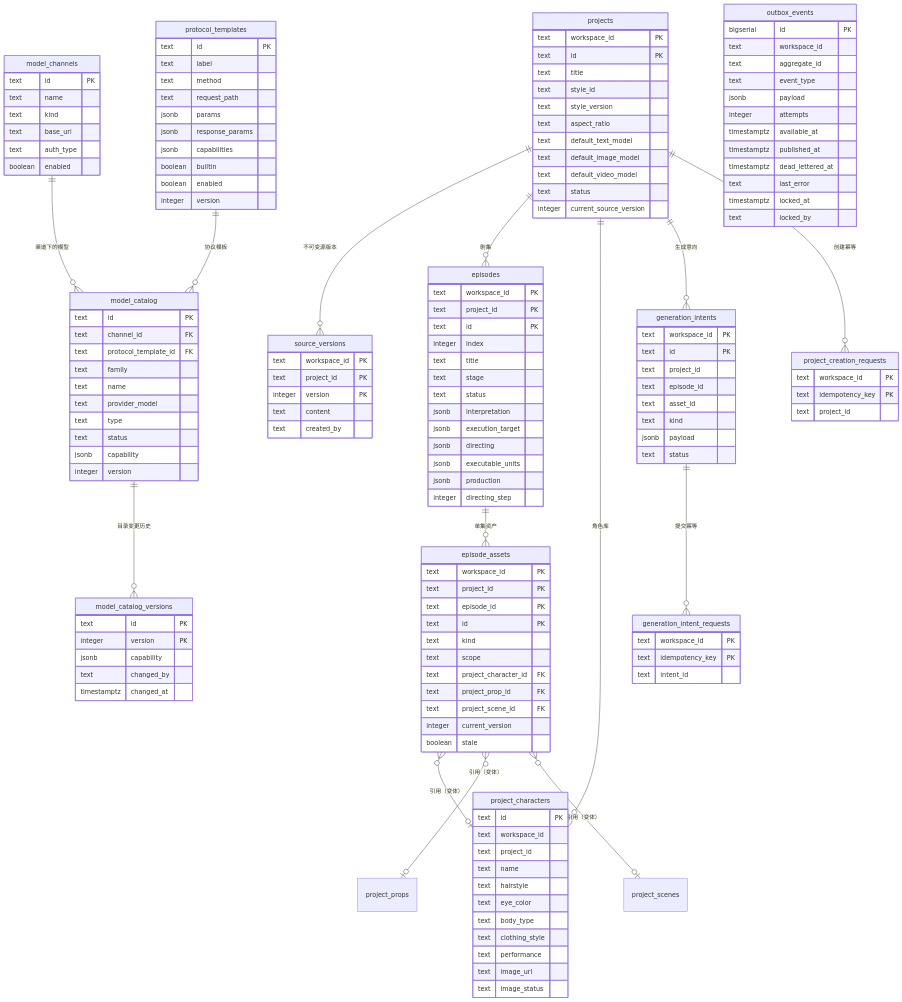
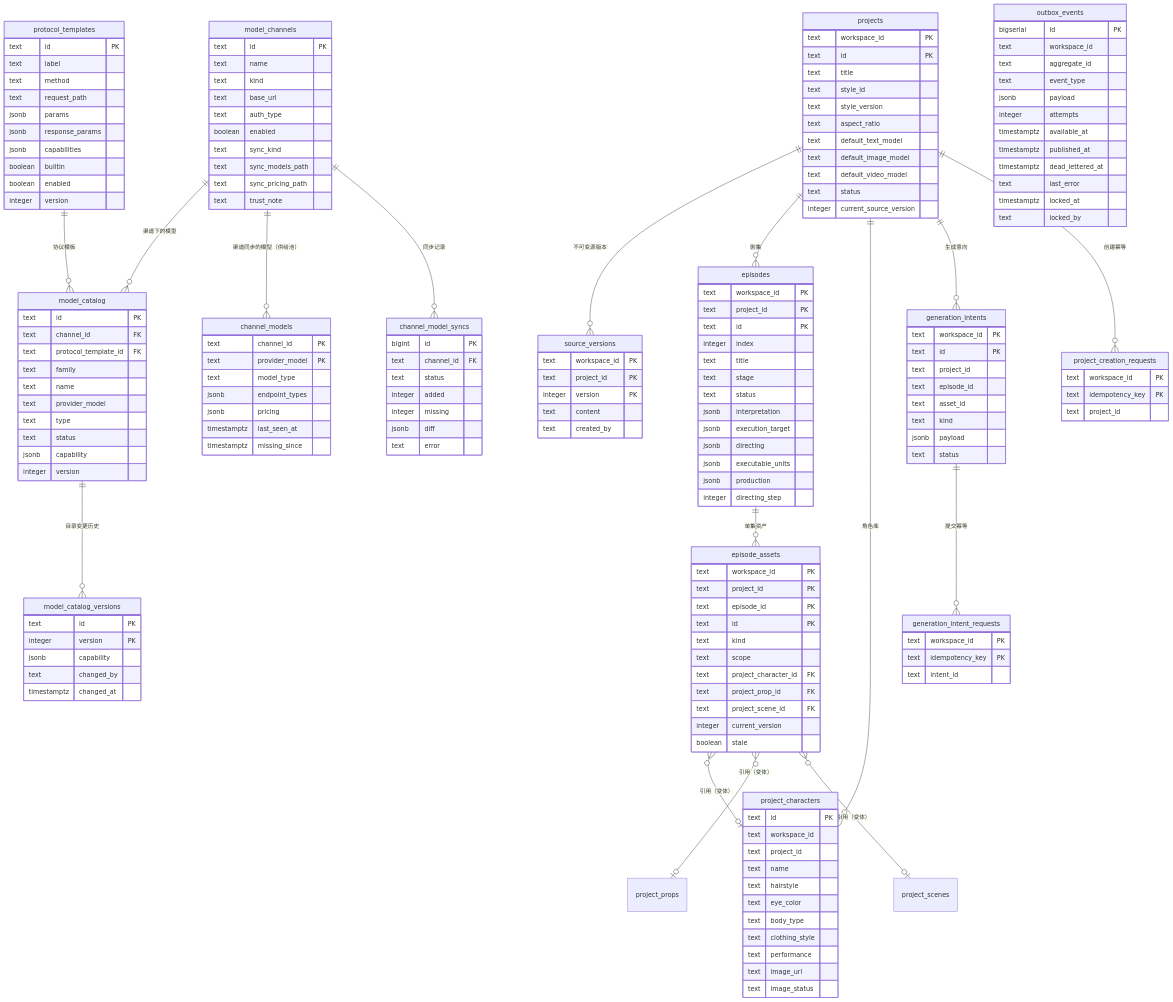
One commit to quanjunqi/ai-video-shot-designer changed the second of 4 diagrams in docs/architecture/03-data-model.md. Above: the diagram before and after it, drawn with Mermaid. The commit also changed other lines of this file, not shown here.

Commit message:
docs(architecture): ER 图同步供给池（AGENTS §10 要求表结构变更时同步）
## 为什么
`AGENTS.md §10` 规定：`docs/architecture/` 在**表结构变更**时必须同步。
本片新增了 4 个迁移（034–037）⇒ 必须同步，否则文档与库脱钩。

## 同步内容
1 mermaid 关系：`model_channels → channel_models`、`model_channels → channel_model_syncs`
2 mermaid 实体：`model_channels` 补 5 个新列；新增 `channel_models` / `channel_model_syncs` 两个实体
3 正文小节：写明三件容易被后来者做错的事
   - **平台级、非租户级**：这两张表**不带 `workspace_id`**，与其父表 `model_channels` 一致
     ⇒ 显式记录「`workspace_id` 必带」这条惯例的**例外**
   - **只写不读**（ADR-004 §9 第 4 项）：任何前端与执行路径都不得读取供给池
   - `model_type` **刻意不加 CHECK** 的理由（上游原样标签；否则多一个标签就让同步整批失败）
   并注明同批增列的 `model_channels` / `model_catalog` 各列及其 ADR 出处。

## 验收判据
文档内 ``` 代码块配对（计数为偶）· 新实体与关键列名均出现在文中

```diff
--- a/docs/architecture/03-data-model.md
+++ b/docs/architecture/03-data-model.md
@@ -76,6 +88,8 @@
     episode_assets }o--o| project_props : "引用（变体）"
     episode_assets }o--o| project_scenes : "引用（变体）"
     model_channels ||--o{ model_catalog : "渠道下的模型"
+    model_channels ||--o{ channel_models : "渠道同步的模型（供给池）"
+    model_channels ||--o{ channel_model_syncs : "同步记录"
     model_catalog ||--o{ model_catalog_versions : "目录变更历史"
     protocol_templates ||--o{ model_catalog : "协议模板"
     projects ||--o{ generation_intents : "生成意向"
@@ -150,6 +164,28 @@
         text base_url
         text auth_type
         boolean enabled
+        text sync_kind
+        text sync_models_path
+        text sync_pricing_path
+        text trust_note
+    }
+    channel_models {
+        text channel_id PK
+        text provider_model PK
+        text model_type
+        jsonb endpoint_types
+        jsonb pricing
+        timestamptz last_seen_at
+        timestamptz missing_since
+    }
+    channel_model_syncs {
+        bigint id PK
+        text channel_id FK
+        text status
+        integer added
+        integer missing
+        jsonb diff
+        text error
     }
     model_catalog {
         text id PK
```
